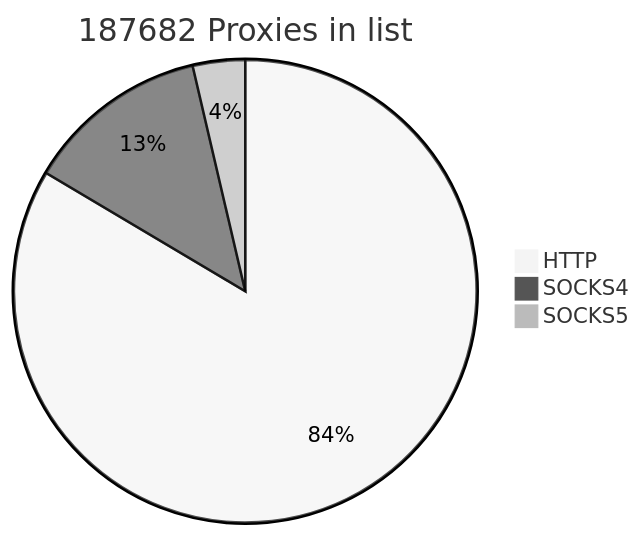
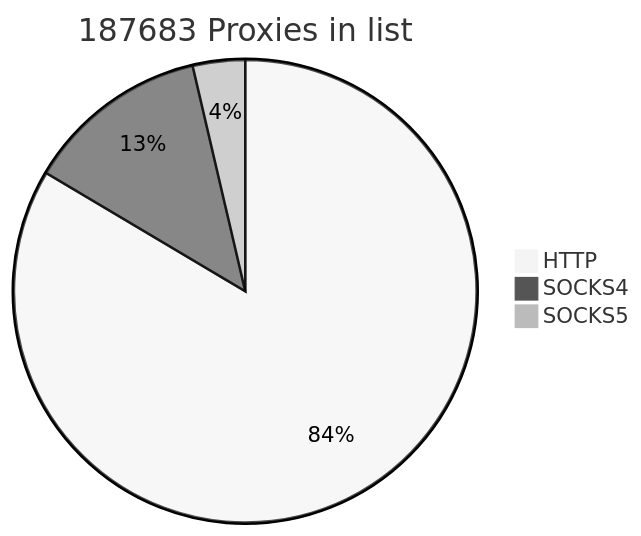
The first of 2 diagrams in README.md (cutipu/proxylist), drawn with Mermaid (neutral theme) before and after one commit. The commit also changed other lines of this file, not shown here.

````diff
--- a/README.md
+++ b/README.md
@@ -2,7 +2,7 @@
 ```mermaid
-pie title 187682 Proxies in list
-    "HTTP" : 156775
+pie title 187683 Proxies in list
+    "HTTP" : 156776
     "SOCKS4" : 24053
     "SOCKS5" : 6854
             
 ```
````
